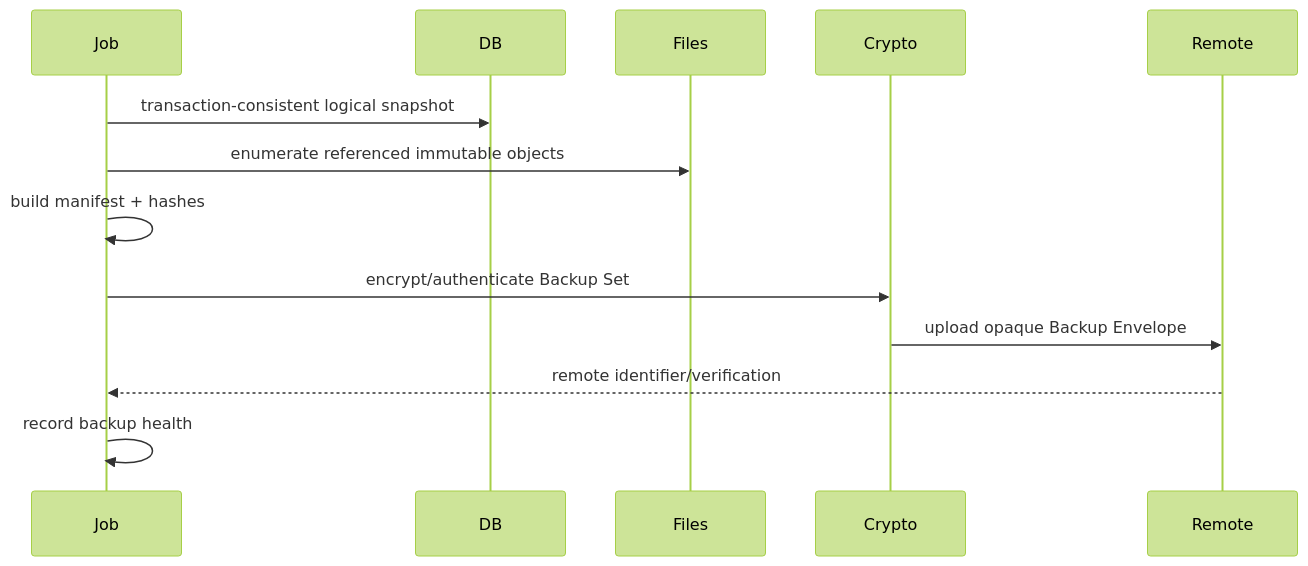
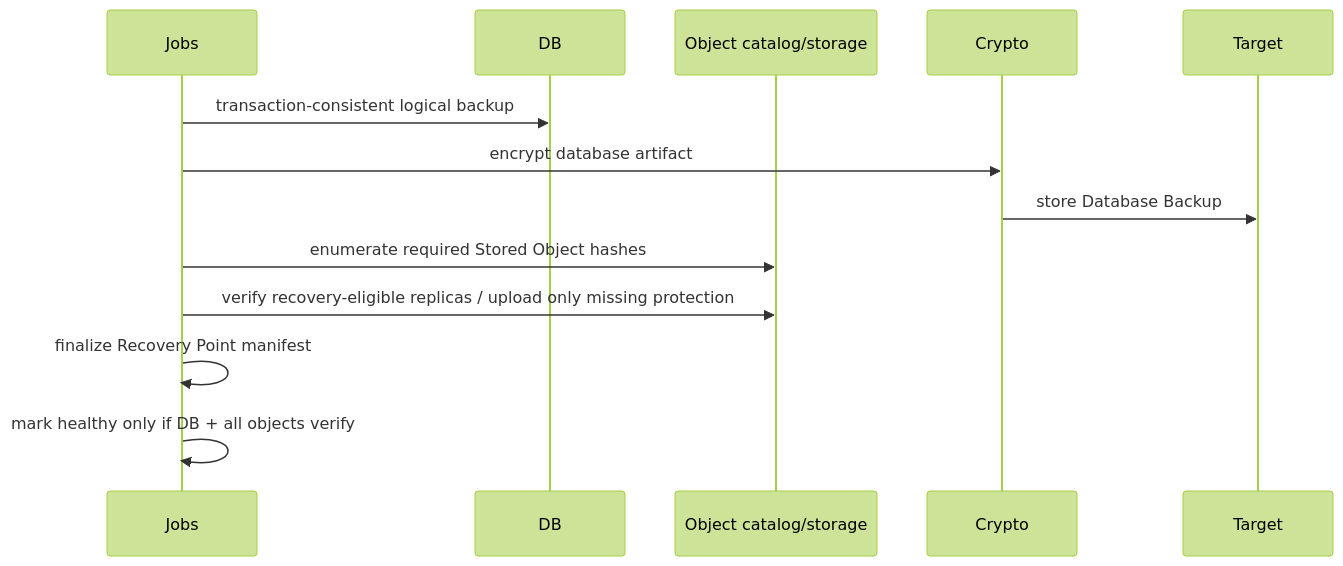
The ninth of 9 diagrams in docs/explanation/architecture.md (blac9216/Pryvance), drawn with Mermaid (forest theme) before and after one commit. The commit also changed other lines of this file and 6 other files, not shown here.

Commit message:
docs: integrate storage, jobs and persistence hardening

````diff
--- a/docs/explanation/architecture.md
+++ b/docs/explanation/architecture.md
@@ -348,16 +282,16 @@
 ```mermaid
 sequenceDiagram
-    participant Job
+    participant Jobs
     participant DB
-    participant Files
+    participant Obj as Object catalog/storage
     participant Crypto
-    participant Remote
+    participant Target
 
-    Job->>DB: transaction-consistent logical snapshot
-    Job->>Files: enumerate referenced immutable objects
-    Job->>Job: build manifest + hashes
-    Job->>Crypto: encrypt/authenticate Backup Set
-    Crypto->>Remote: upload opaque Backup Envelope
-    Remote-->>Job: remote identifier/verification
-    Job->>Job: record backup health
+    Jobs->>DB: transaction-consistent logical backup
+    Jobs->>Crypto: encrypt database artifact
+    Crypto->>Target: store Database Backup
+    Jobs->>Obj: enumerate required Stored Object hashes
+    Jobs->>Obj: verify recovery-eligible replicas / upload only missing protection
+    Jobs->>Jobs: finalize Recovery Point manifest
+    Jobs->>Jobs: mark healthy only if DB + all objects verify
 ```
````
